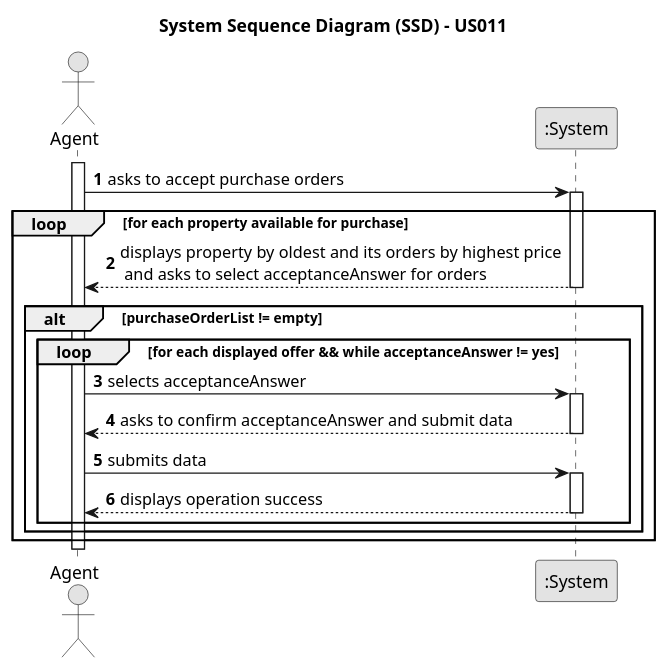
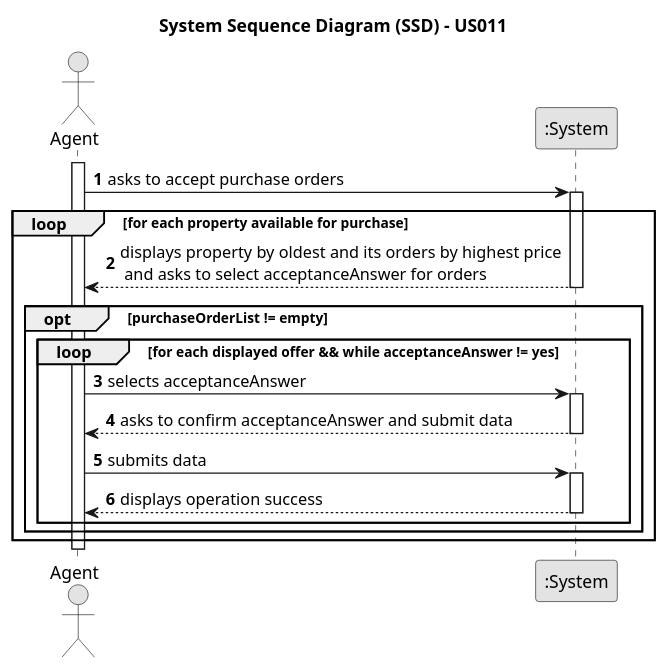
Before and after one commit to rita-barbosa/LAPR2-2223: the diagram in docs/sprintD/us011/01.requirements-engineering/puml/us011-system-sequence-diagram.puml, drawn with PlantUML. The commit also changed 49 other files, not shown here.

```diff
--- a/docs/sprintD/us011/01.requirements-engineering/puml/us011-system-sequence-diagram.puml
+++ b/docs/sprintD/us011/01.requirements-engineering/puml/us011-system-sequence-diagram.puml
@@ -1,41 +1,41 @@
 @startuml
 skinparam monochrome true
 skinparam packageStyle rectangle
 skinparam shadowing false
 
 title System Sequence Diagram (SSD) - US011
 
 autonumber
 
 actor "Agent" as Agent
 participant ":System" as System
 
 activate Agent
     Agent -> System : asks to accept purchase orders
     activate System
 
     loop for each property available for purchase
 
     System --> Agent : displays property by oldest and its orders by highest price\n and asks to select acceptanceAnswer for orders
     deactivate System
 
-    alt  purchaseOrderList != empty
+    opt  purchaseOrderList != empty
     loop for each displayed offer && while acceptanceAnswer != yes
 
     Agent -> System : selects acceptanceAnswer
     activate System
 
     System -->  Agent: asks to confirm acceptanceAnswer and submit data
     deactivate System
 
     Agent -> System  : submits data
     activate System
 
     System --> Agent : displays operation success
     deactivate System
     end loop
     end alt
     end loop
 
 deactivate Agent
 @enduml
```
